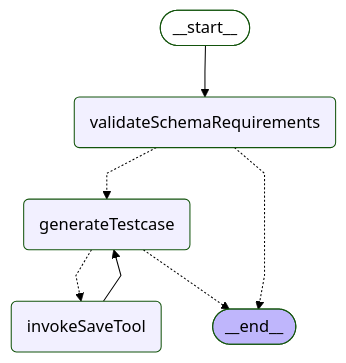
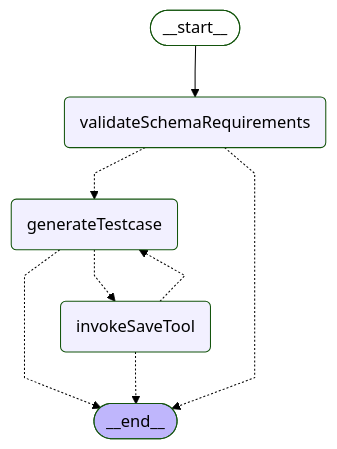
The sixth of 6 diagrams in frontend/internal-packages/agent/README.md (yzkee/liam), drawn with Mermaid (forest theme) before and after one commit. The commit also changed 1 other file, not shown here.

Commit message:
fix: update Mermaid diagram in test and README to match new conditional edges
- Update expectedMermaidDiagram in index.test.ts to reflect routeAfterSave conditional edges
- Update README.md diagram to match the new workflow structure
- Replace fixed edge 'invokeSaveTool --> generateTestcase' with conditional edges
- Add 'invokeSaveTool -.-> __end__' to properly represent the new routing logic

````diff
--- a/frontend/internal-packages/agent/README.md
+++ b/frontend/internal-packages/agent/README.md
@@ -261,18 +261,19 @@
 ```mermaid
 %%{init: {'flowchart': {'curve': 'linear'}}}%%
 graph TD;
 	__start__([<p>__start__</p>]):::first
 	validateSchemaRequirements(validateSchemaRequirements)
 	generateTestcase(generateTestcase)
 	invokeSaveTool(invokeSaveTool)
 	__end__([<p>__end__</p>]):::last
 	__start__ --> validateSchemaRequirements;
-	invokeSaveTool --> generateTestcase;
 	generateTestcase -.-> invokeSaveTool;
 	generateTestcase -.-> __end__;
+	invokeSaveTool -.-> generateTestcase;
+	invokeSaveTool -.-> __end__;
 	validateSchemaRequirements -.-> generateTestcase;
 	validateSchemaRequirements -.-> __end__;
 	classDef default fill:#f2f0ff,line-height:1.2;
 	classDef first fill-opacity:0;
 	classDef last fill:#bfb6fc;
 ```
````
